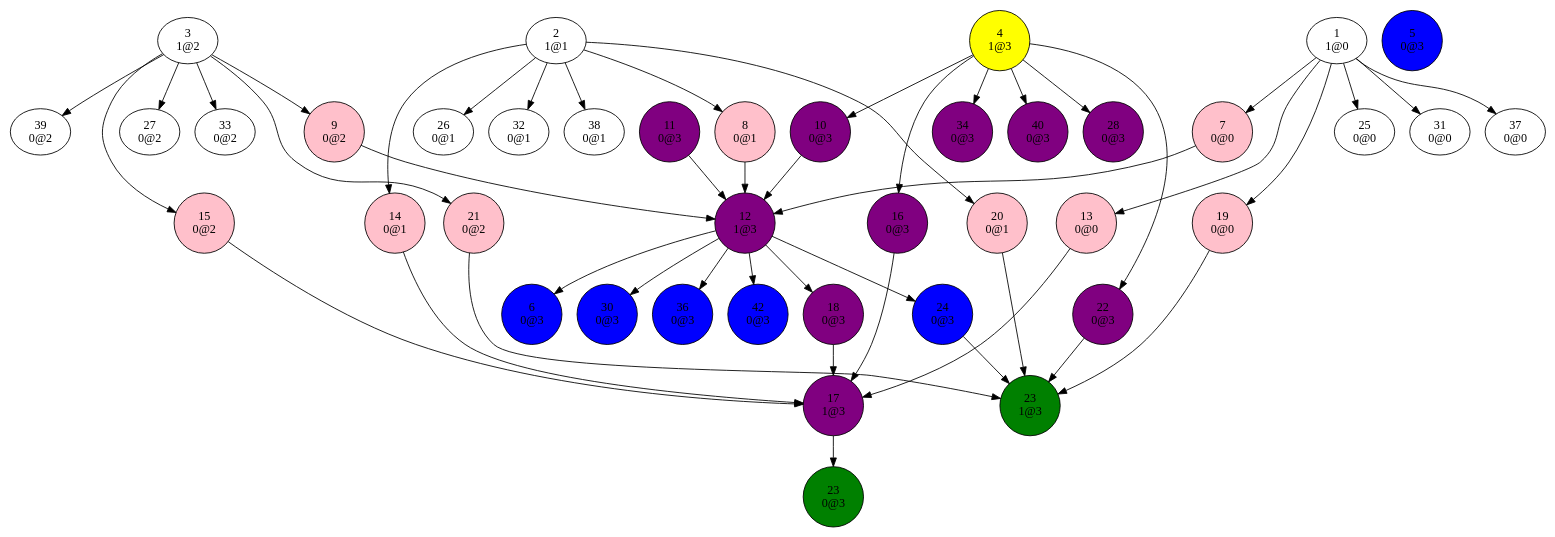
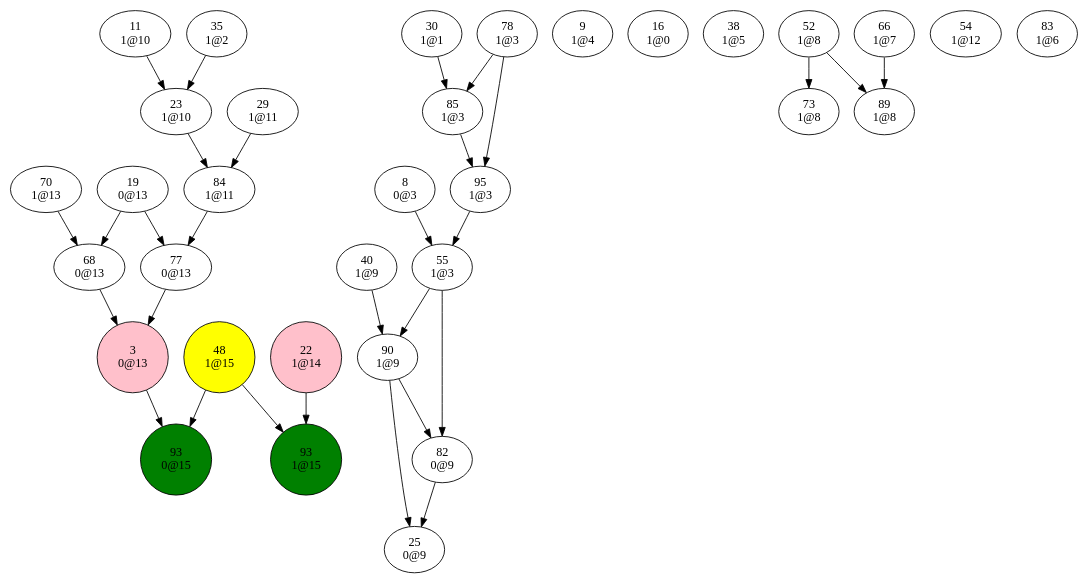
One commit to Oxmose/SATSolver changed the diagram in dev/bin/conflictGraph2.dot. Above: the diagram before and after it, drawn with Graphviz. The commit also changed 18 other files, not shown here.

```diff
--- a/dev/bin/conflictGraph2.dot
+++ b/dev/bin/conflictGraph2.dot
@@ -1,234 +1,119 @@
 digraph {
-"1
-1@0"->"7
-0@0";
-"1
-1@0"->"13
-0@0";
-"1
-1@0"->"19
-0@0";
-"1
-1@0"->"25
-0@0";
-"1
-1@0"->"31
-0@0";
-"1
-1@0"->"37
-0@0";
-"2
-1@1"->"8
-0@1";
-"2
-1@1"->"14
-0@1";
-"2
-1@1"->"20
-0@1";
-"2
-1@1"->"26
-0@1";
-"2
-1@1"->"32
-0@1";
-"2
-1@1"->"38
-0@1";
 "3
-1@2"->"9
-0@2";
-"3
-1@2"->"15
-0@2";
-"3
-1@2"->"21
-0@2";
-"3
-1@2"->"27
-0@2";
-"3
-1@2"->"33
-0@2";
-"3
-1@2"->"39
-0@2";
-"4
-1@3"->"10
-0@3";
-"4
-1@3"->"16
-0@3";
-"4
-1@3"->"22
-0@3";
-"4
-1@3"->"28
-0@3";
-"4
-1@3"->"34
-0@3";
-"4
-1@3"->"40
-0@3";
-"5
-0@3";
-"6
-0@3";
-"7
-0@0"->"12
-1@3";
+0@13"->"93
+0@15";
 "8
-0@1"->"12
+0@3"->"55
 1@3";
 "9
-0@2"->"12
+1@4";
+"11
+1@10"->"23
+1@10";
+"16
+1@0";
+"19
+0@13"->"68
+0@13";
+"19
+0@13"->"77
+0@13";
+"22
+1@14"->"93
+1@15";
+"23
+1@10"->"84
+1@11";
+"25
+0@9";
+"29
+1@11"->"84
+1@11";
+"30
+1@1"->"85
 1@3";
-"10
-0@3"->"12
+"35
+1@2"->"23
+1@10";
+"38
+1@5";
+"40
+1@9"->"90
+1@9";
+"48
+1@15"->"93
+0@15";
+"48
+1@15"->"93
+1@15";
+"52
+1@8"->"73
+1@8";
+"52
+1@8"->"89
+1@8";
+"54
+1@12";
+"55
+1@3"->"82
+0@9";
+"55
+1@3"->"90
+1@9";
+"66
+1@7"->"89
+1@8";
+"68
+0@13"->"3
+0@13";
+"70
+1@13"->"68
+0@13";
+"73
+1@8";
+"77
+0@13"->"3
+0@13";
+"78
+1@3"->"85
 1@3";
-"11
-0@3"->"12
+"78
+1@3"->"95
 1@3";
-"12
-1@3"->"6
-0@3";
-"12
-1@3"->"18
-0@3";
-"12
-1@3"->"24
-0@3";
-"12
-1@3"->"30
-0@3";
-"12
-1@3"->"36
-0@3";
-"12
-1@3"->"42
-0@3";
-"13
-0@0"->"17
+"82
+0@9"->"25
+0@9";
+"83
+1@6";
+"84
+1@11"->"77
+0@13";
+"85
+1@3"->"95
 1@3";
-"14
-0@1"->"17
+"89
+1@8";
+"90
+1@9"->"25
+0@9";
+"90
+1@9"->"82
+0@9";
+"93
+0@15";
+"93
+1@15";
+"95
+1@3"->"55
 1@3";
-"15
-0@2"->"17
-1@3";
-"16
-0@3"->"17
-1@3";
-"17
-1@3"->"23
-0@3";
-"18
-0@3"->"17
-1@3";
-"19
-0@0"->"23
-1@3";
-"20
-0@1"->"23
-1@3";
-"21
-0@2"->"23
-1@3";
+"3
+0@13"[shape=circle, style=filled, fillcolor=pink];
 "22
-0@3"->"23
-1@3";
-"23
-0@3";
-"23
-1@3";
-"24
-0@3"->"23
-1@3";
-"25
-0@0";
-"26
-0@1";
-"27
-0@2";
-"28
-0@3";
-"30
-0@3";
-"31
-0@0";
-"32
-0@1";
-"33
-0@2";
-"34
-0@3";
-"36
-0@3";
-"37
-0@0";
-"38
-0@1";
-"39
-0@2";
-"40
-0@3";
-"42
-0@3";
-"4
-1@3"[shape=circle, style=filled, fillcolor=yellow];
-"5
-0@3"[shape=circle, style=filled, fillcolor=blue];
-"6
-0@3"[shape=circle, style=filled, fillcolor=blue];
-"7
-0@0"[shape=circle, style=filled, fillcolor=pink];
-"8
-0@1"[shape=circle, style=filled, fillcolor=pink];
-"9
-0@2"[shape=circle, style=filled, fillcolor=pink];
-"10
-0@3"[shape=circle, style=filled, fillcolor=purple];
-"11
-0@3"[shape=circle, style=filled, fillcolor=purple];
-"12
-1@3"[shape=circle, style=filled, fillcolor=purple];
-"13
-0@0"[shape=circle, style=filled, fillcolor=pink];
-"14
-0@1"[shape=circle, style=filled, fillcolor=pink];
-"15
-0@2"[shape=circle, style=filled, fillcolor=pink];
-"16
-0@3"[shape=circle, style=filled, fillcolor=purple];
-"17
-1@3"[shape=circle, style=filled, fillcolor=purple];
-"18
-0@3"[shape=circle, style=filled, fillcolor=purple];
-"19
-0@0"[shape=circle, style=filled, fillcolor=pink];
-"20
-0@1"[shape=circle, style=filled, fillcolor=pink];
-"21
-0@2"[shape=circle, style=filled, fillcolor=pink];
-"22
-0@3"[shape=circle, style=filled, fillcolor=purple];
-"23
-0@3"[shape=circle, style=filled, fillcolor=green];
-"23
-1@3"[shape=circle, style=filled, fillcolor=green];
-"24
-0@3"[shape=circle, style=filled, fillcolor=blue];
-"28
-0@3"[shape=circle, style=filled, fillcolor=purple];
-"30
-0@3"[shape=circle, style=filled, fillcolor=blue];
-"34
-0@3"[shape=circle, style=filled, fillcolor=purple];
-"36
-0@3"[shape=circle, style=filled, fillcolor=blue];
-"40
-0@3"[shape=circle, style=filled, fillcolor=purple];
-"42
-0@3"[shape=circle, style=filled, fillcolor=blue];
+1@14"[shape=circle, style=filled, fillcolor=pink];
+"48
+1@15"[shape=circle, style=filled, fillcolor=yellow];
+"93
+0@15"[shape=circle, style=filled, fillcolor=green];
+"93
+1@15"[shape=circle, style=filled, fillcolor=green];
 }
```
